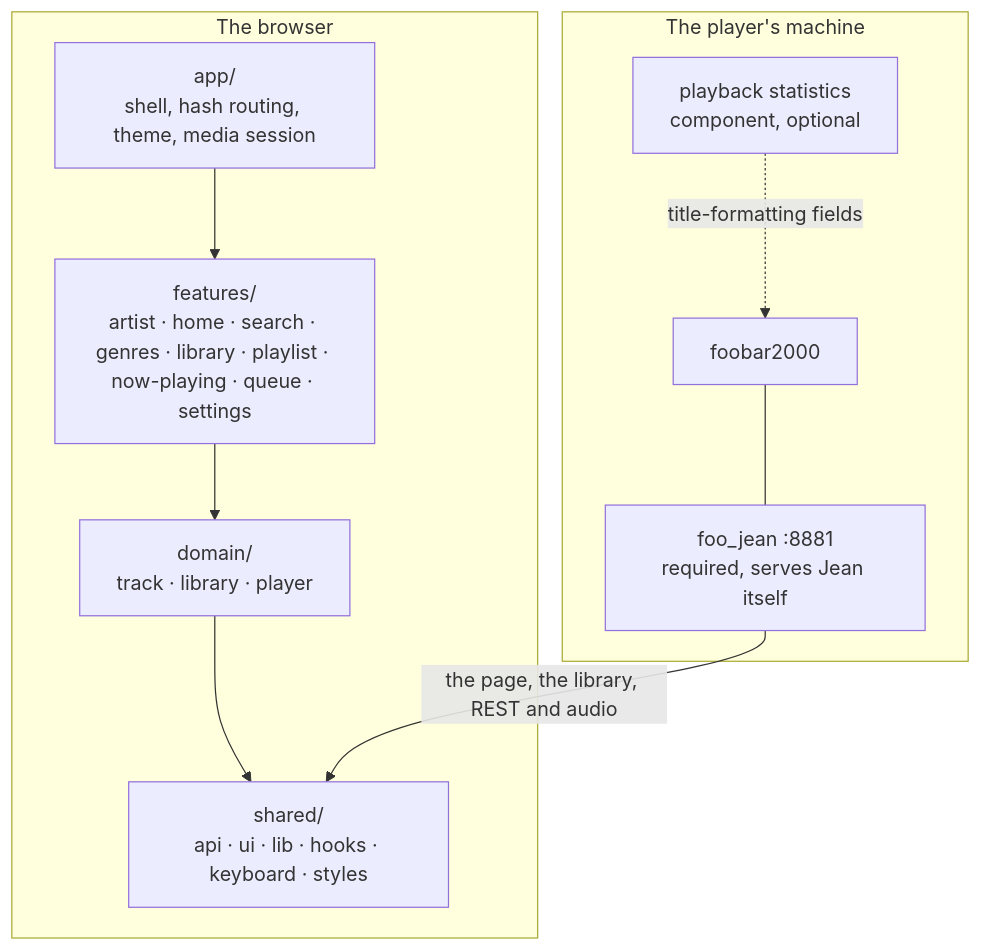
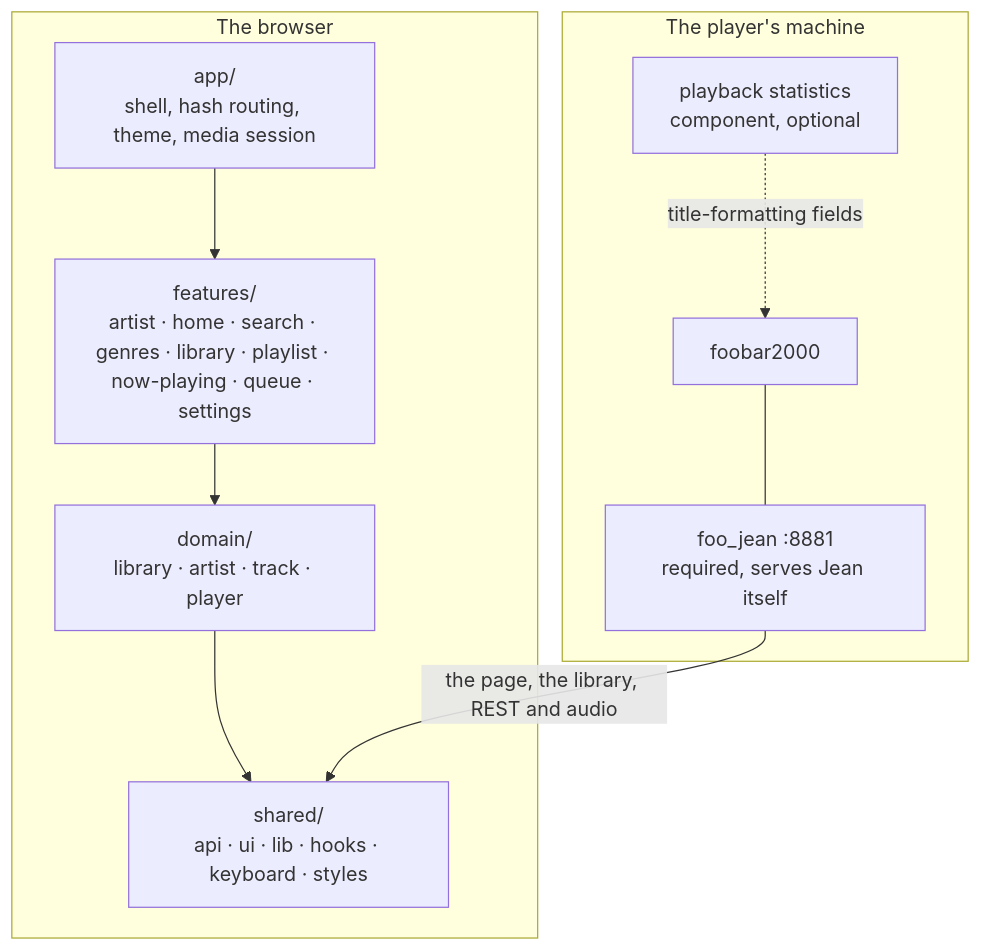
The diagram in ui/ARCHITECTURE.md (enrique-ramirez/jean), drawn with Mermaid before and after one commit. The commit also changed other lines of this file and 54 other files, not shown here.

````diff
--- a/ui/ARCHITECTURE.md
+++ b/ui/ARCHITECTURE.md
@@ -9,22 +9,22 @@
 ```mermaid
 flowchart TB
   subgraph machine["The player's machine"]
     fb["foobar2000"]
     fj["foo_jean :8881<br/>required, serves Jean itself"]
     stats["playback statistics<br/>component, optional"]
     fb --- fj
     stats -.->|title-formatting fields| fb
   end
 
   subgraph browser["The browser"]
     app["app/<br/>shell, hash routing, theme, media session"]
     features["features/<br/>artist · home · search · genres · library · playlist · now-playing · queue · settings"]
-    domain["domain/<br/>track · library · player"]
+    domain["domain/<br/>library · artist · track · player"]
     shared["shared/<br/>api · ui · lib · hooks · keyboard · styles"]
     app --> features
     features --> domain
     domain --> shared
   end
 
   fj -->|"the page, the library, REST and audio"| shared
 ```
````
